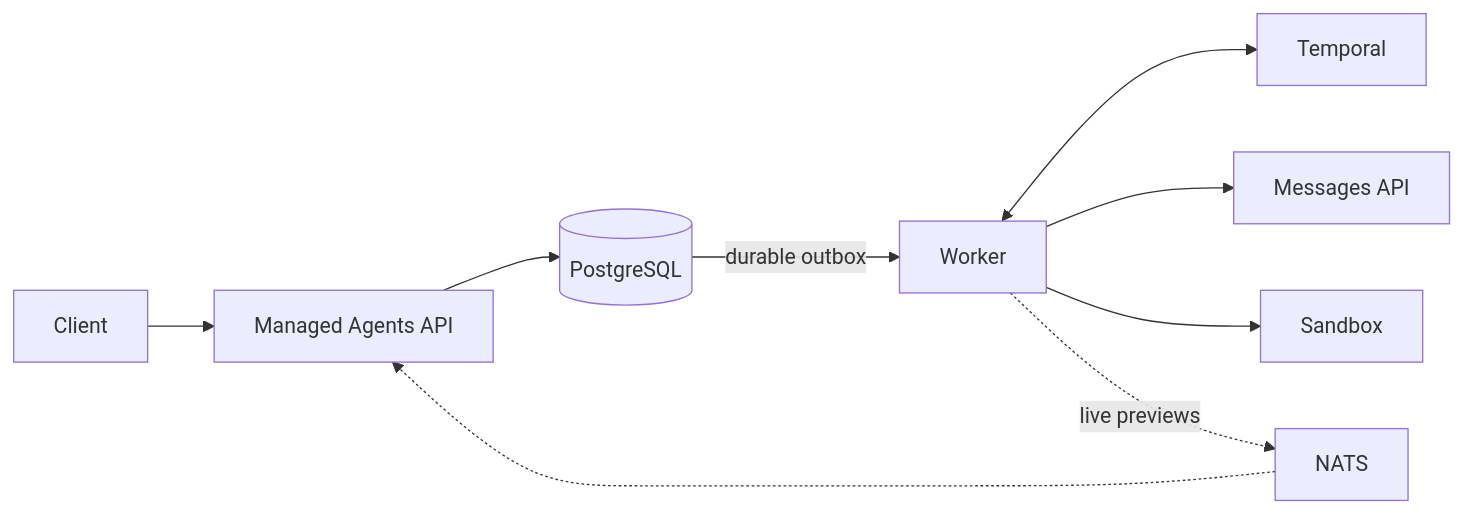
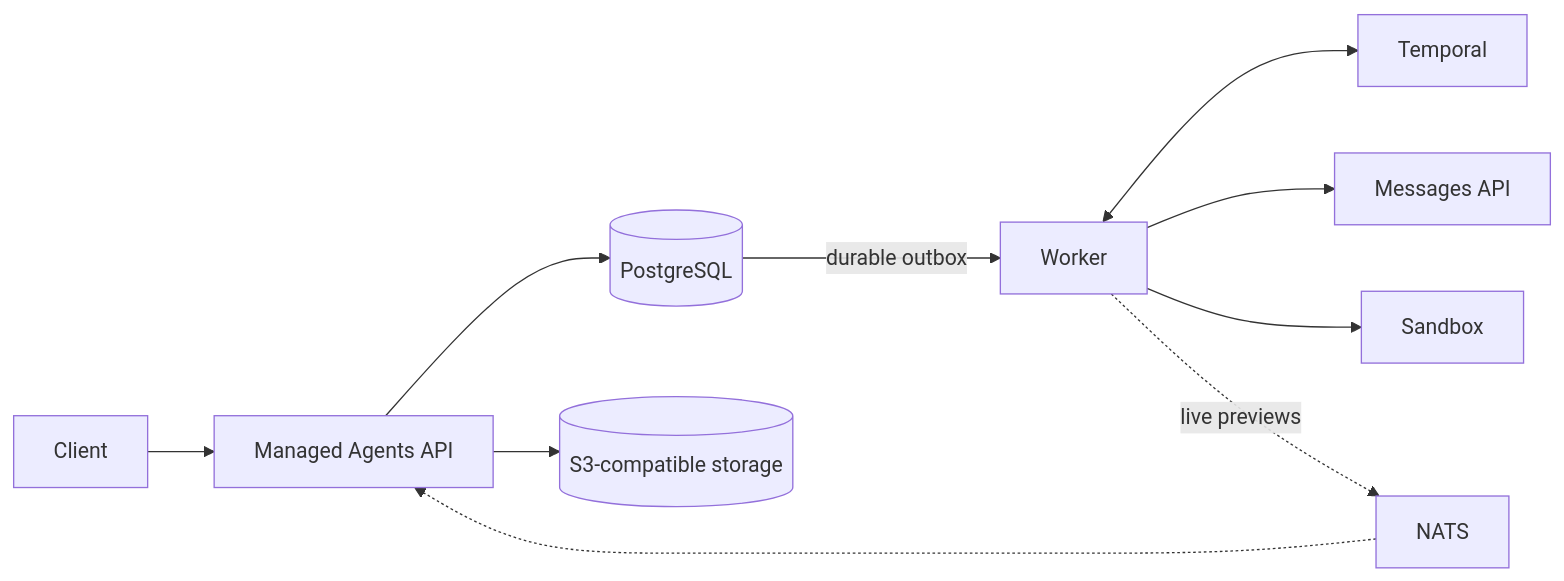
Before and after one commit to yanpgwang/managed-agent-go: the diagram in README.md, drawn with Mermaid. The commit also changed other lines of this file and 38 other files, not shown here.

````diff
--- a/README.md
+++ b/README.md
@@ -51,11 +51,12 @@
 ```mermaid
 flowchart LR
   Client --> API["Managed Agents API"]
   API --> PG[("PostgreSQL")]
+  API --> Objects[("S3-compatible storage")]
   PG -- "durable outbox" --> Worker
   Worker <--> Temporal
   Worker --> Model["Messages API"]
   Worker --> Sandbox
   Worker -. "live previews" .-> NATS
   NATS -.-> API
 ```
````
